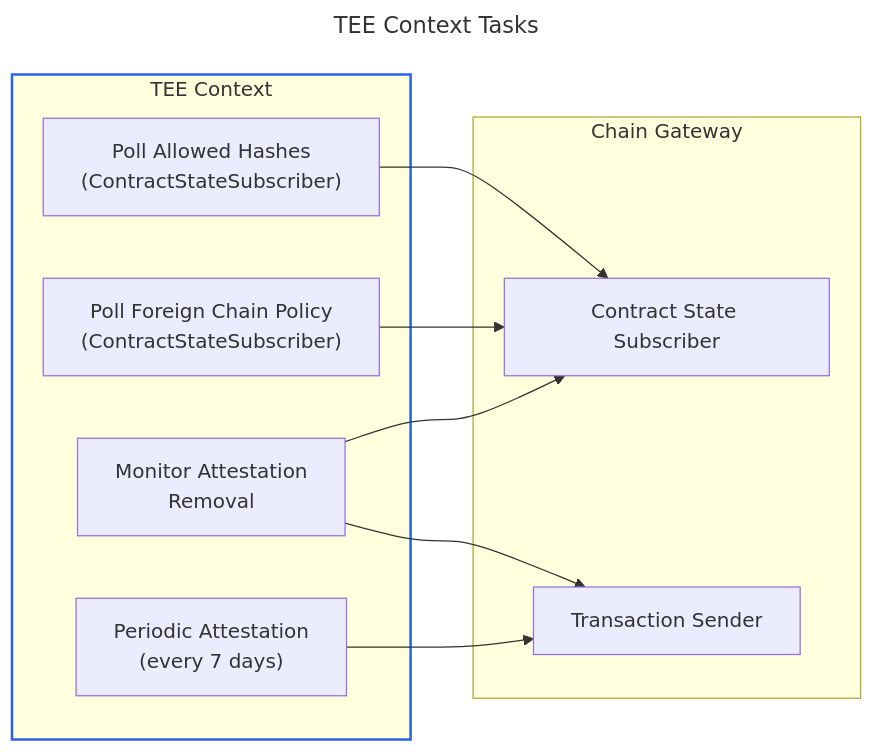
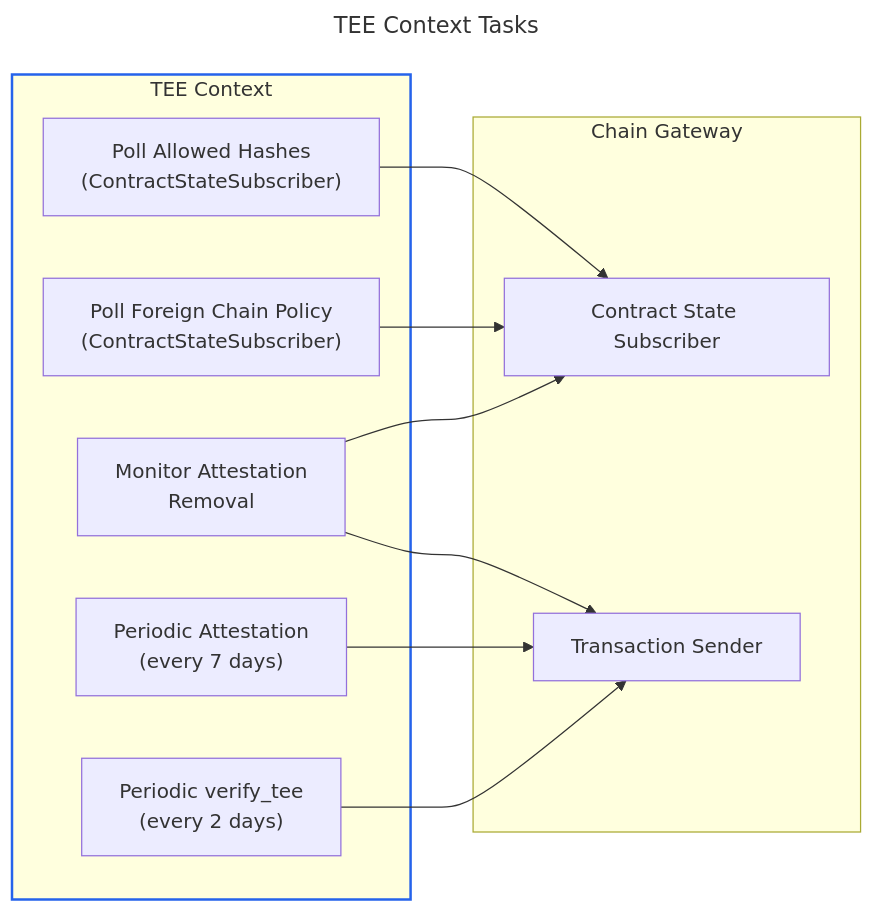
The third of 3 diagrams in docs/tee-lifecycle.md (near/mpc), drawn with Mermaid before and after one commit. The commit also changed other lines of this file, not shown here.

First line of the commit message:
docs: refine TEE Context section in tee-lifecycle.md

````diff
--- a/docs/tee-lifecycle.md
+++ b/docs/tee-lifecycle.md
@@ -134,27 +223,29 @@
 ```mermaid
 ---
 title: TEE Context Tasks
 ---
 flowchart LR
 
 subgraph TEE_CTX["TEE Context"]
     POLL_HASHES["Poll Allowed Hashes<br/>(ContractStateSubscriber)"]
     POLL_FCP["Poll Foreign Chain Policy<br/>(ContractStateSubscriber)"]
     MONITOR["Monitor Attestation<br/>Removal"]
     ATTEST["Periodic Attestation<br/>(every 7 days)"]
+    VERIFY["Periodic verify_tee<br/>(every 2 days)"]
 end
 
 subgraph CHAIN["Chain Gateway"]
     CSUB["Contract State Subscriber"]
     TSEND["Transaction Sender"]
 end
 
 POLL_HASHES --> CSUB
 POLL_FCP --> CSUB
 ATTEST --> TSEND
 MONITOR --> CSUB
 MONITOR --> TSEND
+VERIFY --> TSEND
 
 classDef ctx stroke:#2563eb,stroke-width:2px;
 class TEE_CTX ctx;
 ```
````
